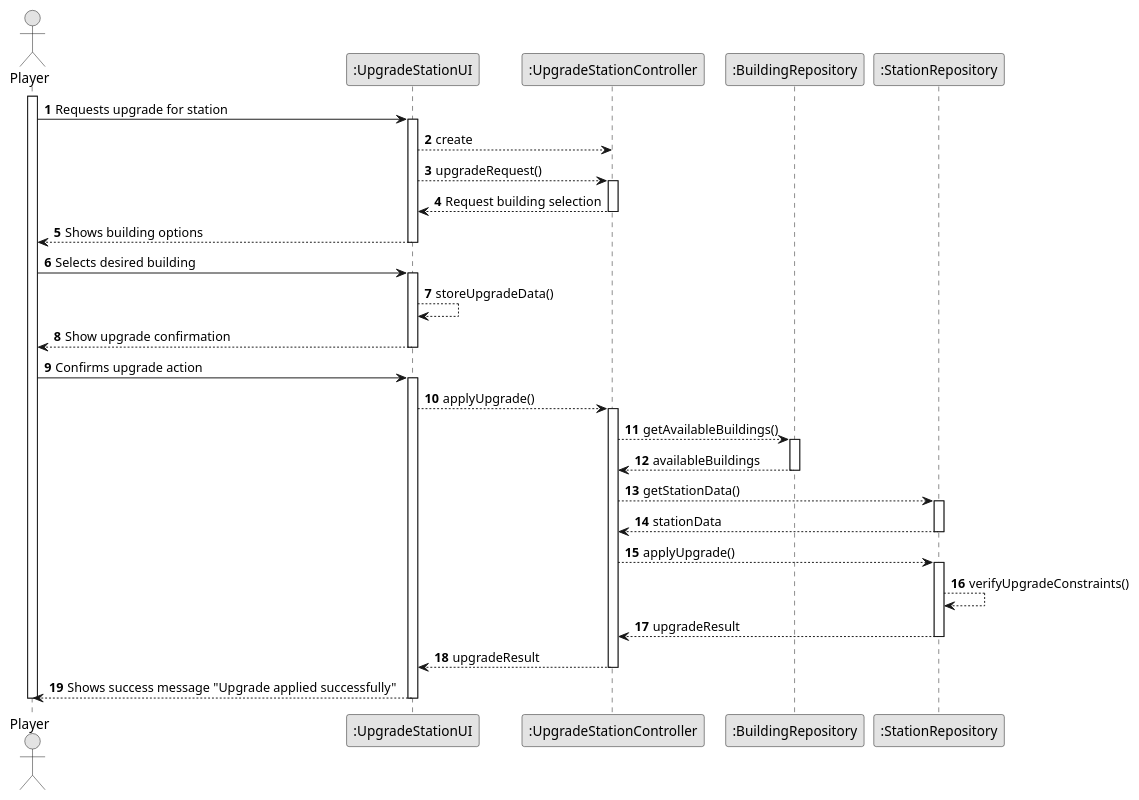
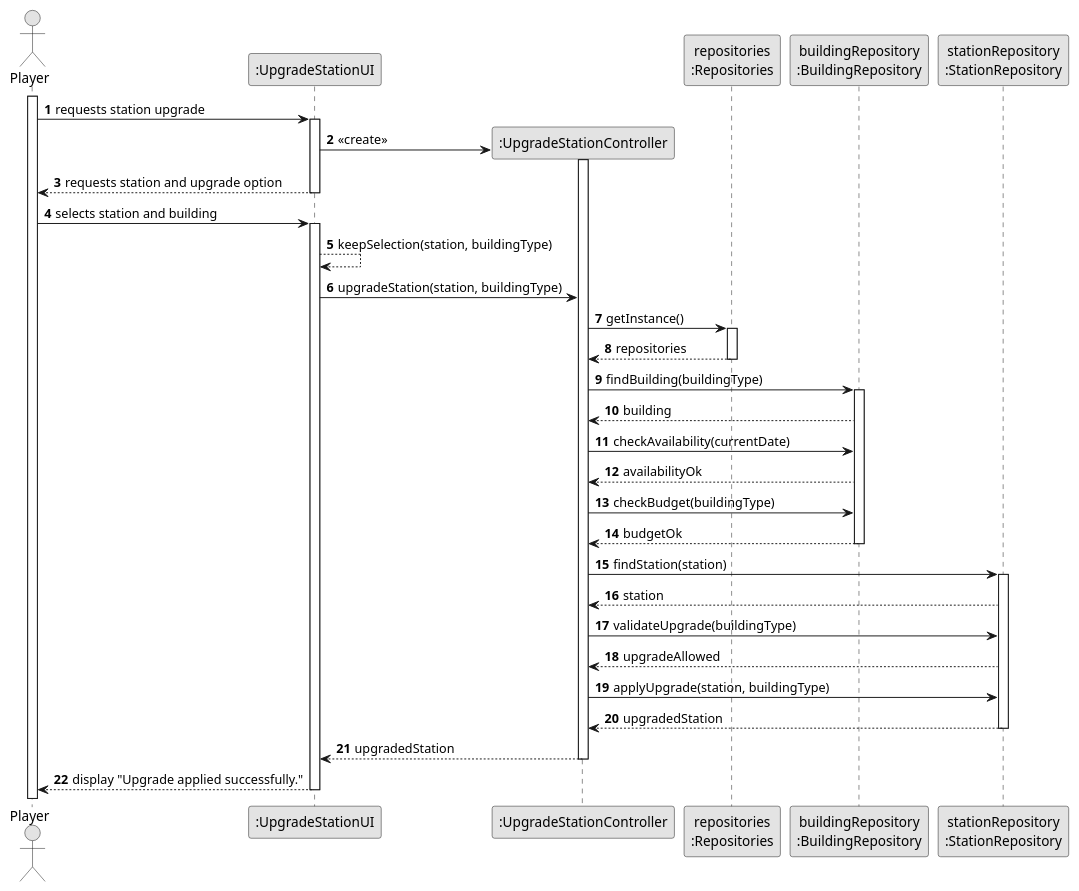
The diagram in docs/system-documentation/US006/03.design/puml/US006-SD.puml (goncalolopesp/sem2-pi-24.25-g093-repo), drawn with PlantUML before and after one commit. The commit also changed 11 other files, not shown here.

```diff
--- a/docs/system-documentation/US006/03.design/puml/US006-SD.puml
+++ b/docs/system-documentation/US006/03.design/puml/US006-SD.puml
@@ -1,60 +1,65 @@
 @startuml US006-SD
 skinparam monochrome true
 skinparam packageStyle rectangle
 skinparam shadowing false
+
 autonumber
 
 actor "Player" as Player
-participant ":UpgradeStationUI" as UpgradeUI
-participant ":UpgradeStationController" as UpgradeController
-participant ":BuildingRepository" as BuildingRepo
-participant ":StationRepository" as StationRepo
+participant ":UpgradeStationUI" as UpgradeStationUI
 
 activate Player
 
-Player -> UpgradeUI: Requests upgrade for station
-activate UpgradeUI
+Player -> UpgradeStationUI : requests station upgrade
+activate UpgradeStationUI
 
-UpgradeUI --> UpgradeController: create
-UpgradeUI --> UpgradeController: upgradeRequest()
-activate UpgradeController
+create ":UpgradeStationController" as UpgradeStationController
+UpgradeStationUI -> UpgradeStationController : «create»
+activate UpgradeStationController
 
-UpgradeController --> UpgradeUI: Request building selection
-deactivate UpgradeController
-UpgradeUI --> Player: Shows building options
-deactivate UpgradeUI
+UpgradeStationUI --> Player : requests station and upgrade option
+deactivate UpgradeStationUI
 
-Player -> UpgradeUI: Selects desired building
-activate UpgradeUI
-UpgradeUI --> UpgradeUI: storeUpgradeData()
-UpgradeUI --> Player: Show upgrade confirmation
-deactivate UpgradeUI
+Player -> UpgradeStationUI : selects station and building
+activate UpgradeStationUI
 
-Player -> UpgradeUI: Confirms upgrade action
-activate UpgradeUI
-UpgradeUI --> UpgradeController: applyUpgrade()
-activate UpgradeController
+UpgradeStationUI --> UpgradeStationUI : keepSelection(station, buildingType)
 
-UpgradeController --> BuildingRepo: getAvailableBuildings()
-activate BuildingRepo
-BuildingRepo --> UpgradeController: availableBuildings
-deactivate BuildingRepo
+participant "repositories\n:Repositories" as Repo
+participant "buildingRepository\n:BuildingRepository" as buildingRepository
+participant "stationRepository\n:StationRepository" as stationRepository
 
-UpgradeController --> StationRepo: getStationData()
-activate StationRepo
-StationRepo --> UpgradeController: stationData
-deactivate StationRepo
+UpgradeStationUI -> UpgradeStationController : upgradeStation(station, buildingType)
 
-UpgradeController --> StationRepo: applyUpgrade()
-activate StationRepo
-StationRepo --> StationRepo: verifyUpgradeConstraints()
-StationRepo --> UpgradeController: upgradeResult
-deactivate StationRepo
+UpgradeStationController -> Repo : getInstance()
+activate Repo
+Repo --> UpgradeStationController : repositories
+deactivate Repo
 
-UpgradeController --> UpgradeUI: upgradeResult
-deactivate UpgradeController
+UpgradeStationController -> buildingRepository : findBuilding(buildingType)
+activate buildingRepository
+buildingRepository --> UpgradeStationController : building
 
-UpgradeUI --> Player: Shows success message "Upgrade applied successfully"
-deactivate UpgradeUI
-deactivate Player
+UpgradeStationController -> buildingRepository : checkAvailability(currentDate)
+buildingRepository --> UpgradeStationController : availabilityOk
+UpgradeStationController -> buildingRepository : checkBudget(buildingType)
+buildingRepository --> UpgradeStationController: budgetOk
+deactivate buildingRepository
+
+
+UpgradeStationController -> stationRepository : findStation(station)
+activate stationRepository
+stationRepository --> UpgradeStationController : station
+
+UpgradeStationController -> stationRepository : validateUpgrade(buildingType)
+stationRepository --> UpgradeStationController : upgradeAllowed
+UpgradeStationController -> stationRepository : applyUpgrade(station, buildingType)
+stationRepository --> UpgradeStationController : upgradedStation
+deactivate stationRepository
+
+UpgradeStationController --> UpgradeStationUI : upgradedStation
+deactivate UpgradeStationController
+
+UpgradeStationUI --> Player : display "Upgrade applied successfully."
+deactivate UpgradeStationUI
 @enduml
```
